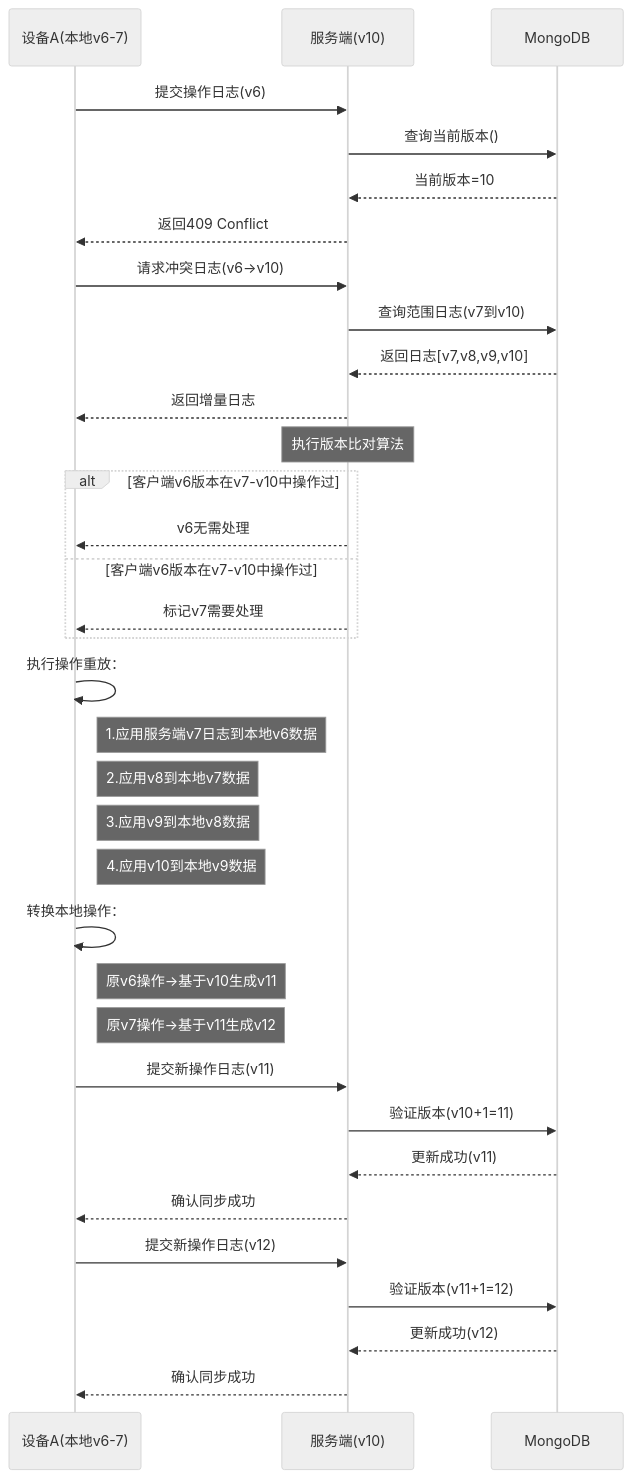
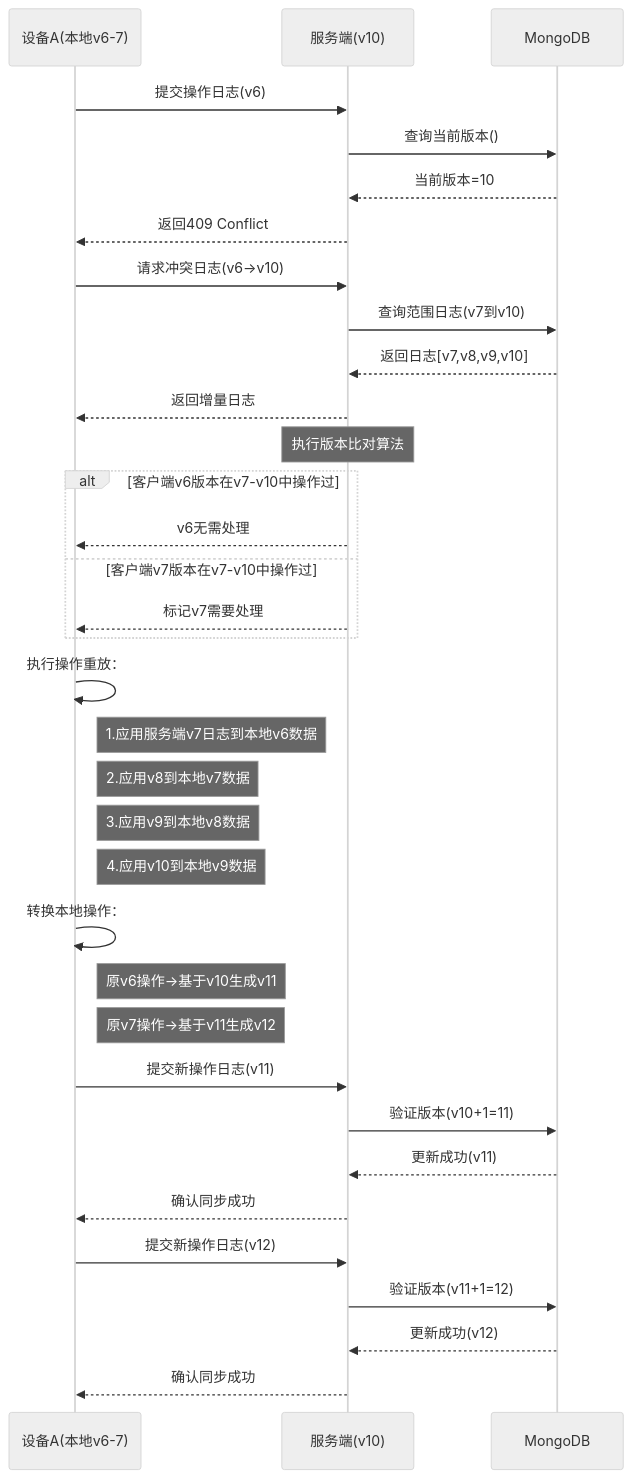
The diagram in all/未命名-26.md (yingjianzh/iodraw-files), drawn with Mermaid (neutral theme) before and after one commit.

Commit message:
2025-02-26 16:49:04 update

````diff
--- a/all/未命名-26.md
+++ b/all/未命名-26.md
@@ -1,49 +1,49 @@
 ```mermaid
 sequenceDiagram
     participant A as 设备A(本地v6-7)
     participant S as 服务端(v10)
     participant DB as MongoDB
 
     %% 初始同步尝试
     A->>S: 提交操作日志(v6)
     S->>DB: 查询当前版本()
     DB-->>S: 当前版本=10
     S-->>A: 返回409 Conflict
 
     %% 冲突解决阶段
     A->>S: 请求冲突日志(v6→v10)
     S->>DB: 查询范围日志(v7到v10)
     DB-->>S: 返回日志[v7,v8,v9,v10]
     S-->>A: 返回增量日志
 
 
     Note over S: 执行版本比对算法
     alt 客户端v6版本在v7-v10中操作过
         S-->>A: v6无需处理
-    else 客户端v6版本在v7-v10中操作过
+    else 客户端v7版本在v7-v10中操作过
         S-->>A: 标记v7需要处理
     end
 
     %% 本地数据重建
     A->>A: 执行操作重放：
     note right of A: 1.应用服务端v7日志到本地v6数据
     note right of A: 2.应用v8到本地v7数据
     note right of A: 3.应用v9到本地v8数据
     note right of A: 4.应用v10到本地v9数据
 
     %% 本地操作转换
     A->>A: 转换本地操作：
     note right of A: 原v6操作→基于v10生成v11
     note right of A: 原v7操作→基于v11生成v12
 
     %% 重新提交
     A->>S: 提交新操作日志(v11)
     S->>DB: 验证版本(v10+1=11)
     DB-->>S: 更新成功(v11)
     S-->>A: 确认同步成功
 
     A->>S: 提交新操作日志(v12)
     S->>DB: 验证版本(v11+1=12)
     DB-->>S: 更新成功(v12)
     S-->>A: 确认同步成功
 ```
````
